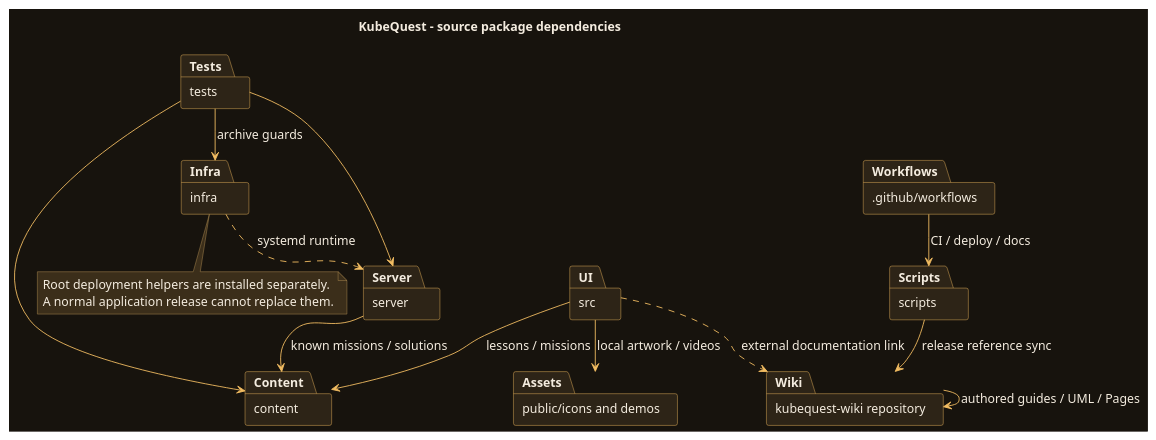
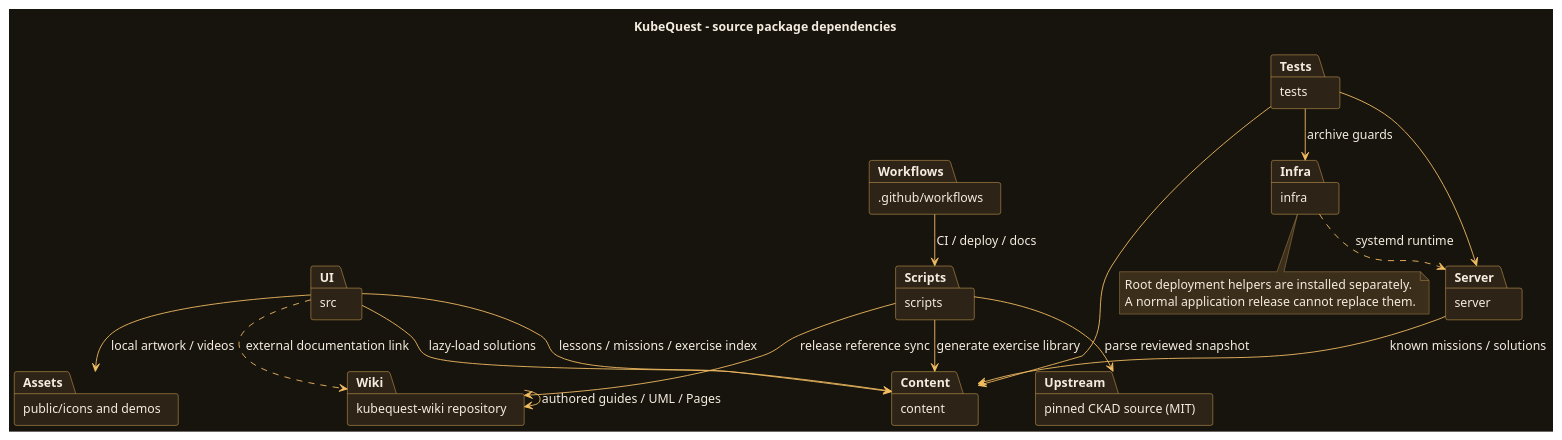
One commit to ramideltoro/kubequest-wiki changed the diagram in diagrams/package.puml. Above: the diagram before and after it, drawn with PlantUML. The commit also changed 11 other files, not shown here.

Commit message:
Document community CKAD exercise library and provenance

```diff
--- a/diagrams/package.puml
+++ b/diagrams/package.puml
@@ -1,96 +1,100 @@
 @startuml
 !pragma layout smetana
 skinparam backgroundColor #17130D
 skinparam defaultFontName SansSerif
 skinparam defaultFontSize 14
 skinparam defaultFontColor #F4ECDF
 skinparam shadowing false
 skinparam ArrowColor #F3BD62
 skinparam LineColor #F3BD62
 skinparam BorderColor #F3BD62
 skinparam defaultBackgroundColor #2D2417
 skinparam classBackgroundColor #2D2417
 skinparam classBorderColor #F3BD62
 skinparam classFontColor #F4ECDF
 skinparam componentBackgroundColor #2D2417
 skinparam componentBorderColor #F3BD62
 skinparam componentFontColor #F4ECDF
 skinparam nodeBackgroundColor #2D2417
 skinparam nodeBorderColor #F3BD62
 skinparam nodeFontColor #F4ECDF
 skinparam packageBackgroundColor #2D2417
 skinparam packageBorderColor #F3BD62
 skinparam packageFontColor #F4ECDF
 skinparam rectangleBackgroundColor #2D2417
 skinparam rectangleBorderColor #F3BD62
 skinparam rectangleFontColor #F4ECDF
 skinparam databaseBackgroundColor #2D2417
 skinparam databaseBorderColor #F3BD62
 skinparam databaseFontColor #F4ECDF
 skinparam cloudBackgroundColor #2D2417
 skinparam cloudBorderColor #F3BD62
 skinparam cloudFontColor #F4ECDF
 skinparam artifactBackgroundColor #2D2417
 skinparam artifactBorderColor #F3BD62
 skinparam artifactFontColor #F4ECDF
 skinparam objectBackgroundColor #2D2417
 skinparam objectBorderColor #F3BD62
 skinparam objectFontColor #F4ECDF
 skinparam stateBackgroundColor #2D2417
 skinparam stateBorderColor #F3BD62
 skinparam stateFontColor #F4ECDF
 skinparam activityBackgroundColor #2D2417
 skinparam activityBorderColor #F3BD62
 skinparam activityFontColor #F4ECDF
 skinparam actorBackgroundColor #2D2417
 skinparam actorBorderColor #F3BD62
 skinparam actorFontColor #F4ECDF
 skinparam usecaseBackgroundColor #2D2417
 skinparam usecaseBorderColor #F3BD62
 skinparam usecaseFontColor #F4ECDF
 skinparam interfaceBackgroundColor #2D2417
 skinparam interfaceBorderColor #F3BD62
 skinparam interfaceFontColor #F4ECDF
 skinparam participantBackgroundColor #2D2417
 skinparam participantBorderColor #F3BD62
 skinparam participantFontColor #F4ECDF
 skinparam classAttributeIconSize 0
 skinparam NoteBackgroundColor #3B2E1A
 skinparam NoteBorderColor #BB9658
 skinparam NoteFontColor #F4ECDF
 skinparam sequenceLifeLineBorderColor #BB9658
 skinparam sequenceLifeLineBackgroundColor #221C13
 skinparam sequenceGroupBackgroundColor #221C13
 skinparam sequenceGroupHeaderFontColor #F4ECDF
 skinparam sequenceGroupBodyBackgroundColor #221C13
 skinparam sequenceDividerBackgroundColor #2D2417
 skinparam sequenceDividerFontColor #F4ECDF
 skinparam activityDiamondBackgroundColor #3B2E1A
 skinparam activityStartColor #F3BD62
 skinparam activityEndColor #F3BD62
 title KubeQuest - source package dependencies
 package src as UI
 package content as Content
 package server as Server
 package "kubequest-wiki repository" as Wiki
 package "public/icons and demos" as Assets
 package infra as Infra
 package scripts as Scripts
 package tests as Tests
 package ".github/workflows" as Workflows
-UI --> Content : lessons / missions
+UI --> Content : lessons / missions / exercise index
+package "pinned CKAD source (MIT)" as Upstream
+Scripts --> Upstream : parse reviewed snapshot
+Scripts --> Content : generate exercise library
+UI --> Content : lazy-load solutions
 UI ..> Wiki : external documentation link
 UI --> Assets : local artwork / videos
 Server --> Content : known missions / solutions
 Tests --> Server
 Tests --> Content
 Tests --> Infra : archive guards
 Scripts --> Wiki : release reference sync
 Wiki --> Wiki : authored guides / UML / Pages
 Workflows --> Scripts : CI / deploy / docs
 Infra ..> Server : systemd runtime
 note bottom of Infra
 Root deployment helpers are installed separately.
 A normal application release cannot replace them.
 end note
 @enduml
```
